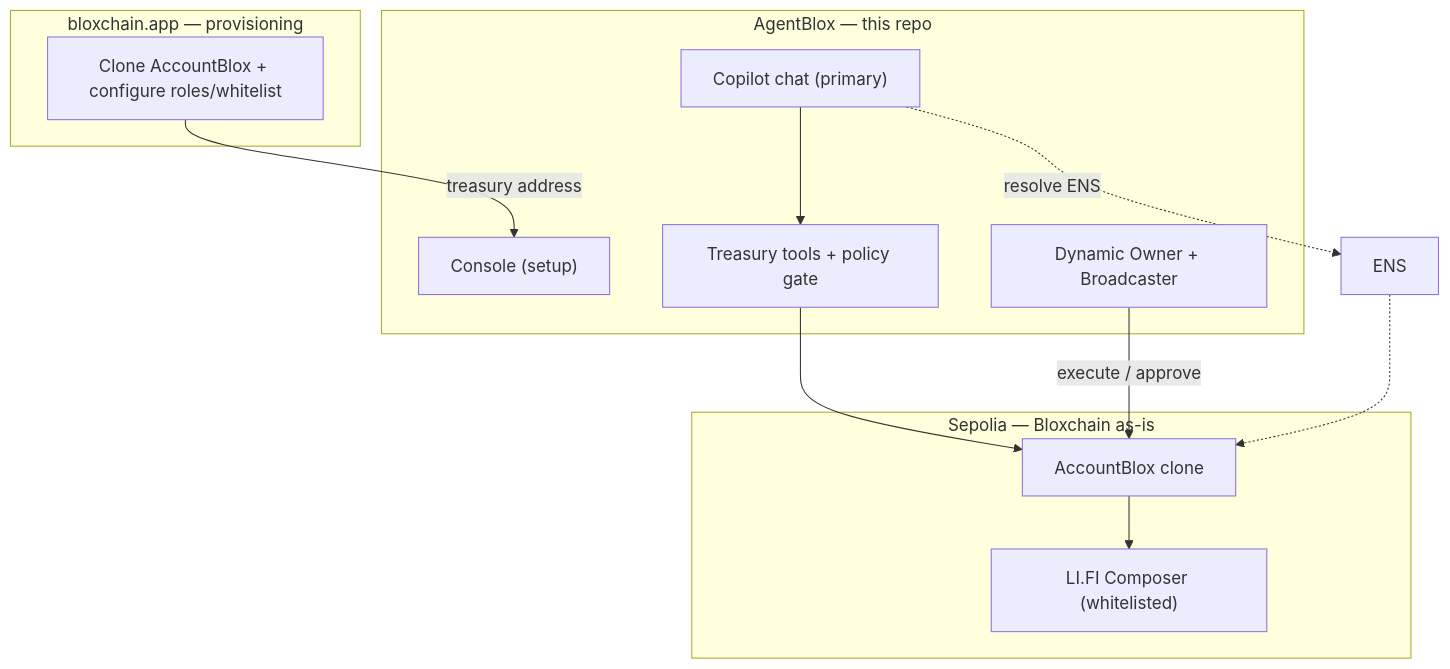
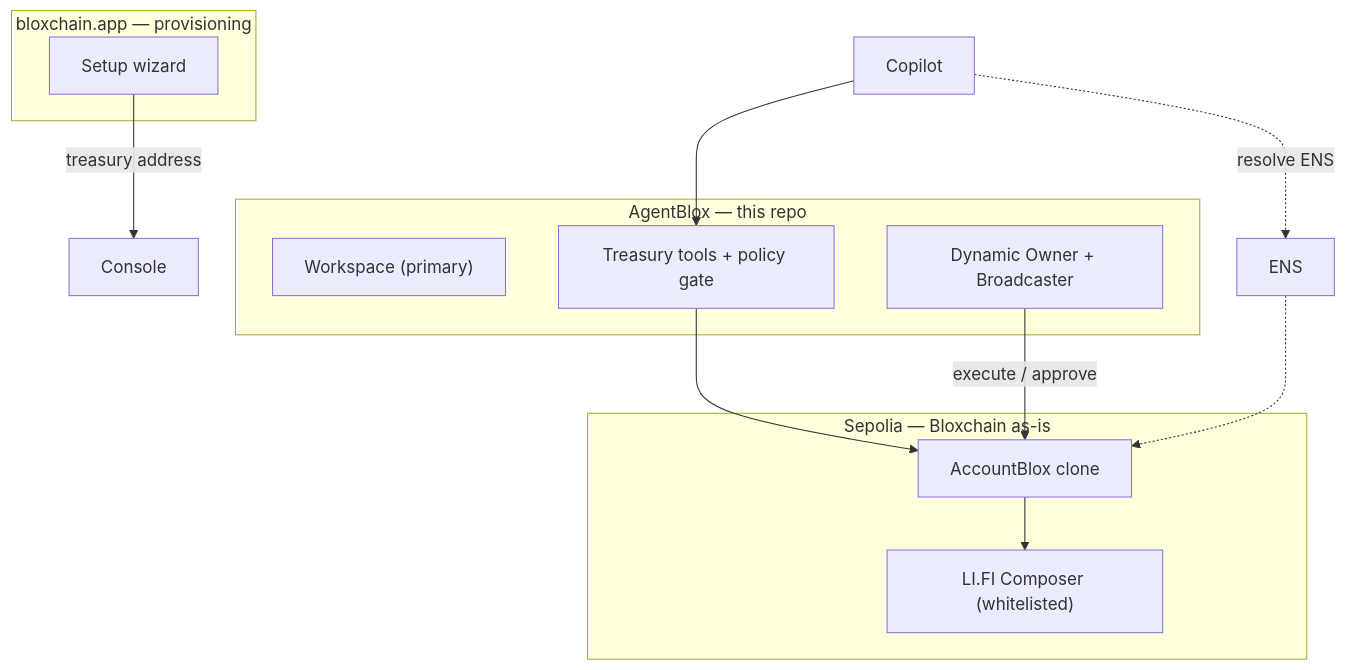
One commit to PracticalParticle/AgentBlox changed the diagram in README.md. Above: the diagram before and after it, drawn with Mermaid. The commit also changed other lines of this file and 29 other files, not shown here.

````diff
--- a/README.md
+++ b/README.md
@@ -87,26 +93,26 @@
 ```mermaid
 flowchart TB
     subgraph Provision["bloxchain.app — provisioning"]
         Setup["Clone AccountBlox + configure roles/whitelist"]
     end
 
     subgraph AgentBlox["AgentBlox — this repo"]
-        Copilot["Copilot chat (primary)"]
-        Console["Console (setup)"]
+        Workspace["Workspace (primary)"]
+        Setup["Setup wizard"]
         Tools["Treasury tools + policy gate"]
         DynamicBlock["Dynamic Owner + Broadcaster"]
     end
 
     subgraph Chain["Sepolia — Bloxchain as-is"]
         AB["AccountBlox clone"]
         LIFI["LI.FI Composer (whitelisted)"]
     end
 
     Setup -->|"treasury address"| Console
     Copilot --> Tools
     Tools --> AB
     DynamicBlock -->|"execute / approve"| AB
     AB --> LIFI
     Copilot -.->|"resolve ENS"| ENSBlock["ENS"]
     ENSBlock -.-> AB
 ```
````
